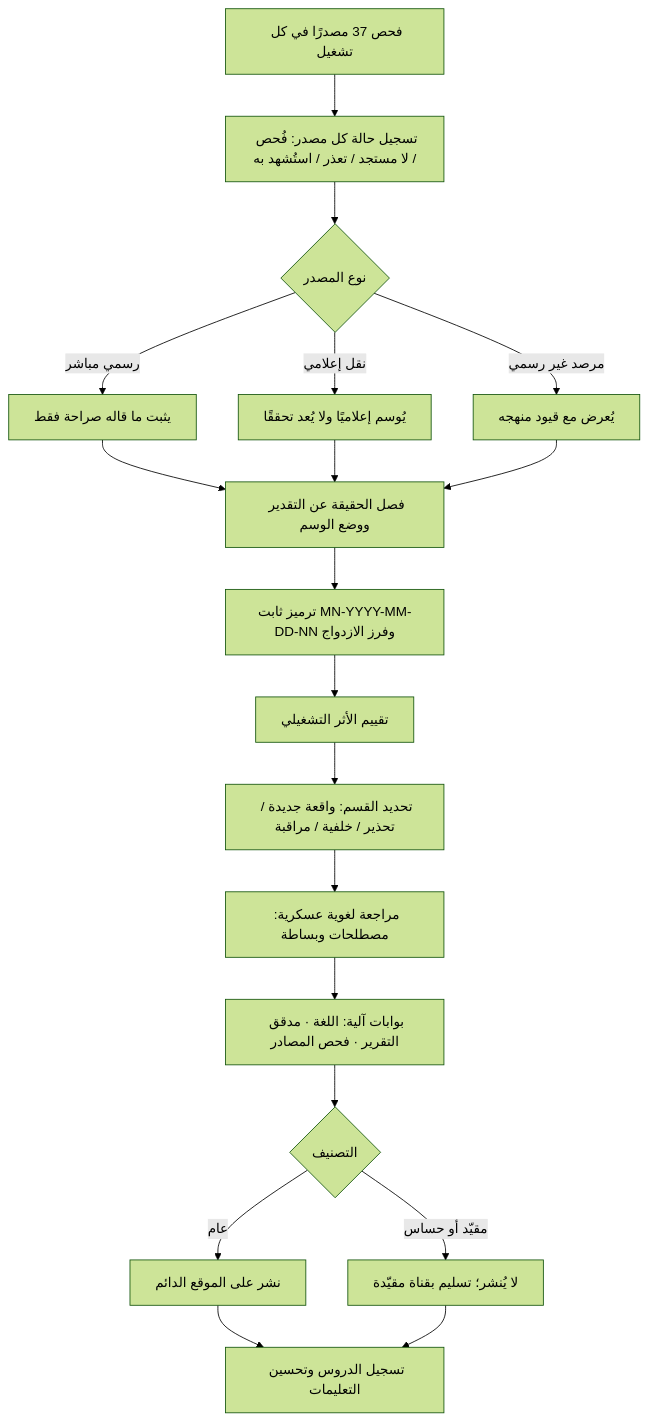
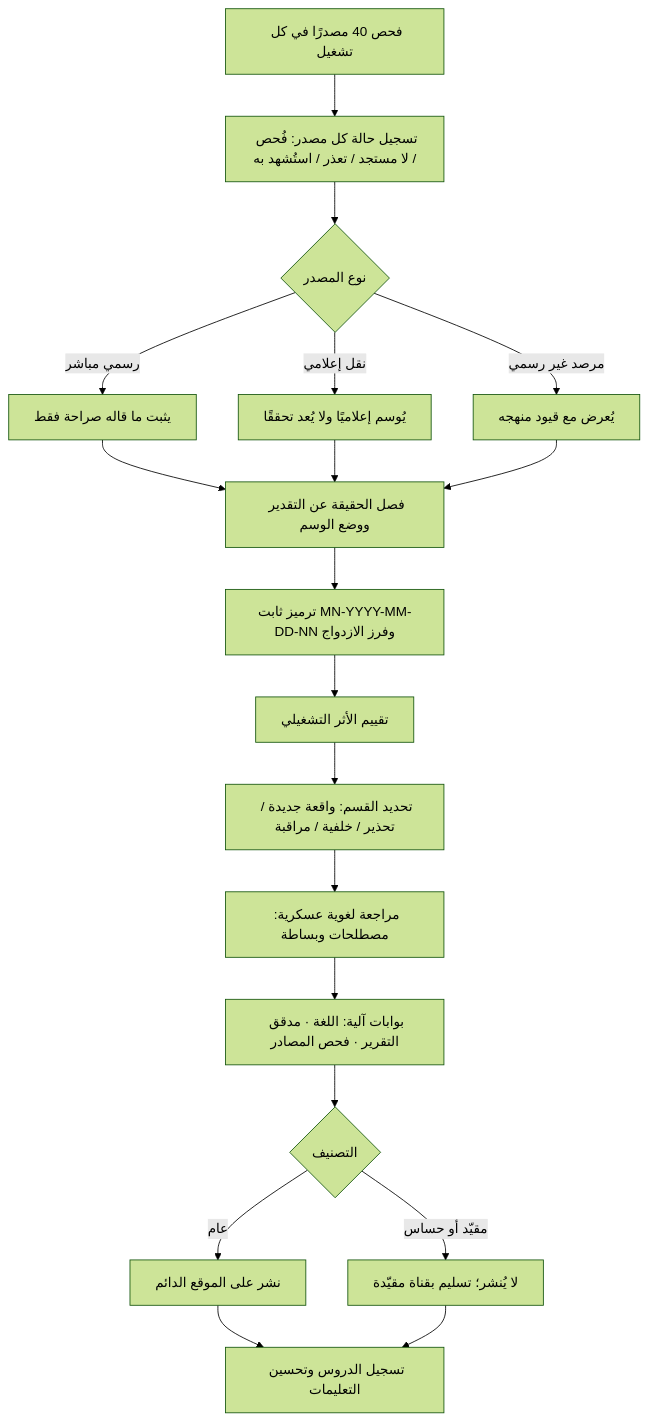
One commit to fahadaldoseri/mda-marine-system changed the diagram in brain/docs/دليل-التقرير-اليومي-النوع-والتغطية-والإجراءات.md. Above: the diagram before and after it, drawn with Mermaid (forest theme). The commit also changed other lines of this file and 22 other files, not shown here.

````diff
--- a/brain/docs/دليل-التقرير-اليومي-النوع-والتغطية-والإجراءات.md
+++ b/brain/docs/دليل-التقرير-اليومي-النوع-والتغطية-والإجراءات.md
@@ -98,21 +98,21 @@
 ```mermaid
 flowchart TD
-    A[فحص 37 مصدرًا في كل تشغيل] --> B[تسجيل حالة كل مصدر: فُحص / لا مستجد / تعذر / استُشهد به]
+    A[فحص 40 مصدرًا في كل تشغيل] --> B[تسجيل حالة كل مصدر: فُحص / لا مستجد / تعذر / استُشهد به]
     B --> C{نوع المصدر}
     C -->|رسمي مباشر| D[يثبت ما قاله صراحة فقط]
     C -->|نقل إعلامي| E[يُوسم إعلاميًا ولا يُعد تحققًا]
     C -->|مرصد غير رسمي| F[يُعرض مع قيود منهجه]
     D --> G[فصل الحقيقة عن التقدير ووضع الوسم]
     E --> G
     F --> G
     G --> H[ترميز ثابت MN-YYYY-MM-DD-NN وفرز الازدواج]
     H --> I[تقييم الأثر التشغيلي]
     I --> J[تحديد القسم: واقعة جديدة / تحذير / خلفية / مراقبة]
     J --> K[مراجعة لغوية عسكرية: مصطلحات وبساطة]
     K --> L[بوابات آلية: اللغة · مدقق التقرير · فحص المصادر]
     L --> M{التصنيف}
     M -->|عام| N[نشر على الموقع الدائم]
     M -->|مقيّد أو حساس| O[لا يُنشر؛ تسليم بقناة مقيّدة]
     N --> P[تسجيل الدروس وتحسين التعليمات]
     O --> P
 ```
````
